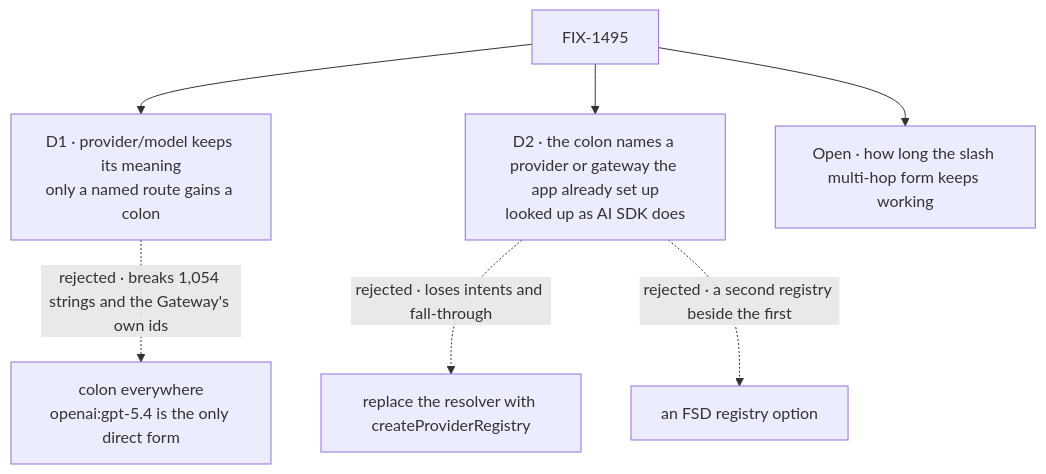
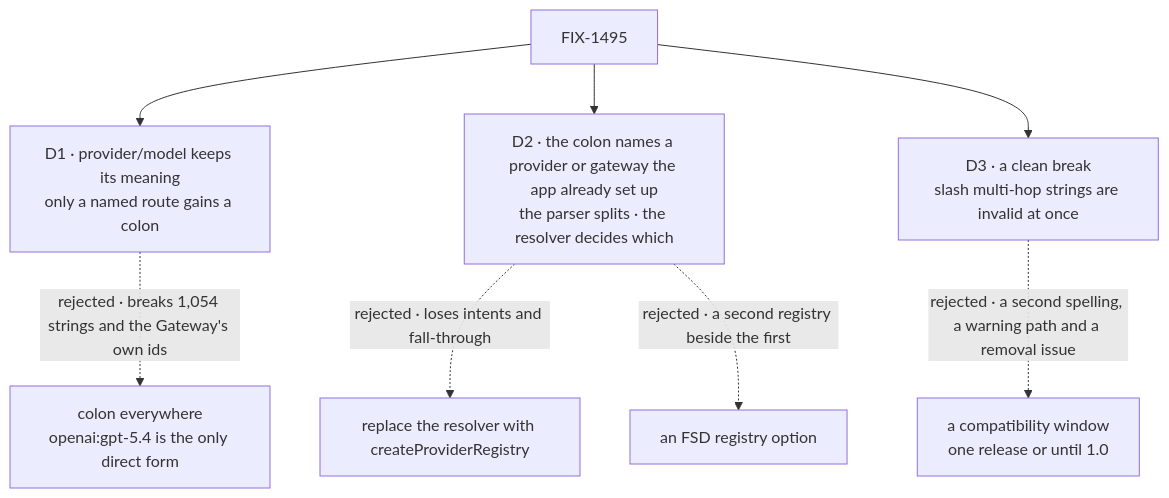
The diagram in specs/issues/FIX-1495/DECISIONS.md (fixpoint-labs/flow-state-dev), drawn with Mermaid before and after one commit. The commit also changed other lines of this file and 4 other files, not shown here.

First line of the commit message:
spec(FIX-1495): fold spec-PR review round 2 and the owner's clean-break call

````diff
--- a/specs/issues/FIX-1495/DECISIONS.md
+++ b/specs/issues/FIX-1495/DECISIONS.md
@@ -10,9 +10,10 @@
 ```mermaid
 flowchart TD
   I["FIX-1495"] --> D1["D1 · provider/model keeps its meaning<br/>only a named route gains a colon"]
   D1 -.->|"rejected · breaks 1,054 strings and the Gateway's own ids"| X1["colon everywhere<br/>openai:gpt-5.4 is the only direct form"]
-  I --> D2["D2 · the colon names a provider or gateway the app already set up<br/>looked up as AI SDK does"]
+  I --> D2["D2 · the colon names a provider or gateway the app already set up<br/>the parser splits · the resolver decides which"]
   D2 -.->|"rejected · loses intents and fall-through"| X2["replace the resolver with createProviderRegistry"]
   D2 -.->|"rejected · a second registry beside the first"| X3["an FSD registry option"]
-  I --> O["Open · how long the slash multi-hop form keeps working"]
+  I --> D3["D3 · a clean break<br/>slash multi-hop strings are invalid at once"]
+  D3 -.->|"rejected · a second spelling, a warning path and a removal issue"| X4["a compatibility window<br/>one release or until 1.0"]
 ```
````
